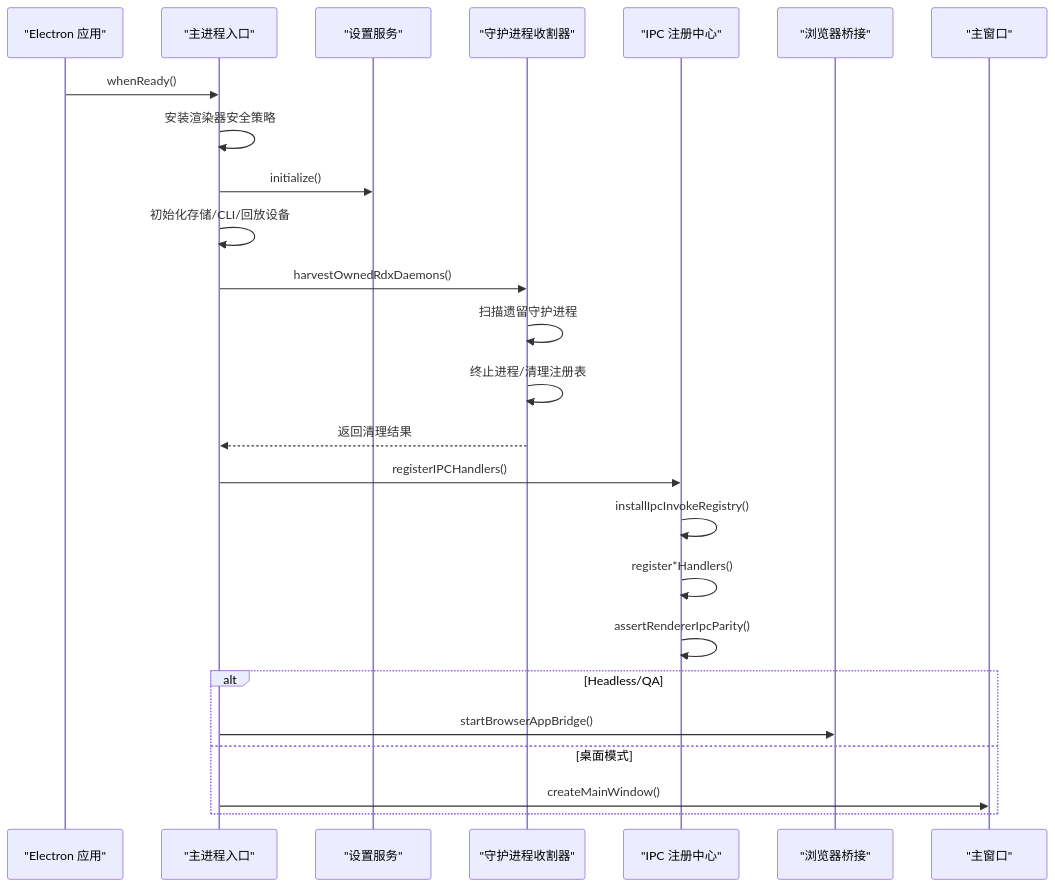
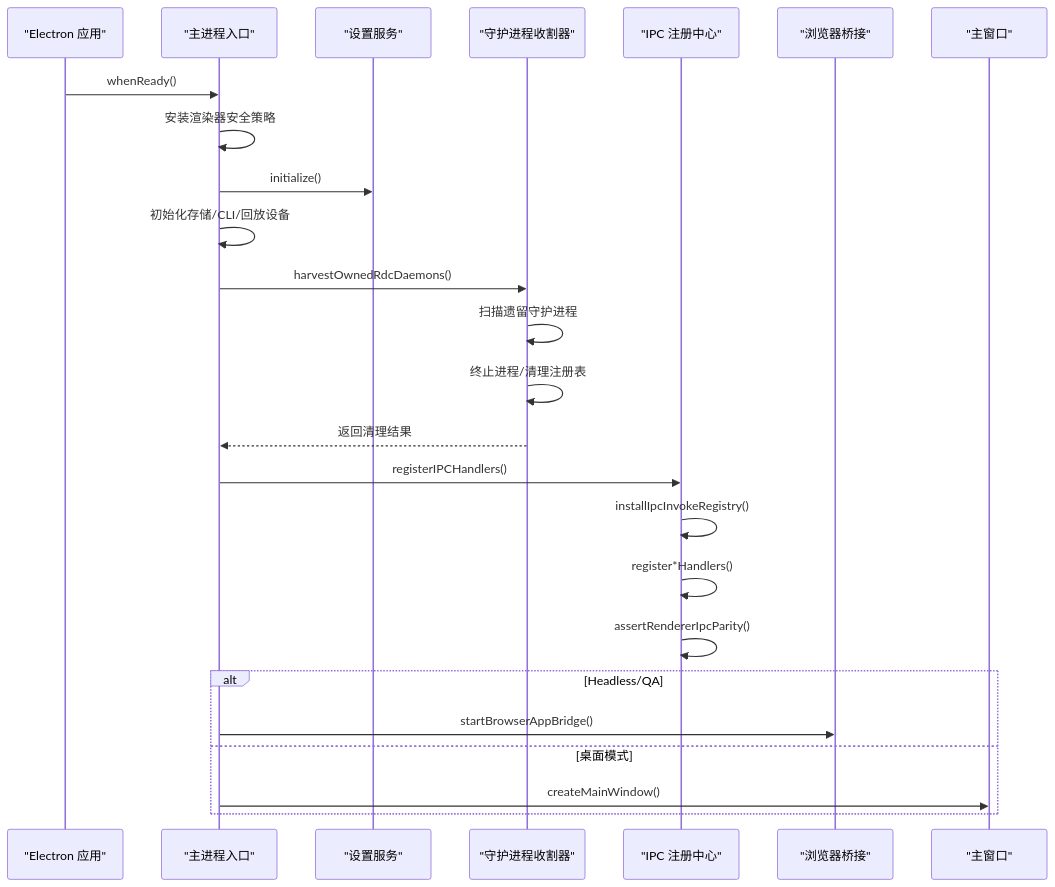
The second of 10 diagrams in .qoder/repowiki/zh/content/架构设计/主进程架构/主进程架构.md (haolange/RDC-Agent), drawn with Mermaid before and after one commit. The commit also changed other lines of this file and 557 other files, not shown here.

````diff
--- a/.qoder/repowiki/zh/content/架构设计/主进程架构/主进程架构.md
+++ b/.qoder/repowiki/zh/content/架构设计/主进程架构/主进程架构.md
@@ -97,27 +97,27 @@
 ```mermaid
 sequenceDiagram
 participant App as "Electron 应用"
 participant Main as "主进程入口"
 participant Settings as "设置服务"
 participant Harvest as "守护进程收割器"
 participant IPC as "IPC 注册中心"
 participant Bridge as "浏览器桥接"
 participant Win as "主窗口"
 App->>Main : whenReady()
 Main->>Main : 安装渲染器安全策略
 Main->>Settings : initialize()
 Main->>Main : 初始化存储/CLI/回放设备
-Main->>Harvest : harvestOwnedRdxDaemons()
+Main->>Harvest : harvestOwnedRdcDaemons()
 Harvest->>Harvest : 扫描遗留守护进程
 Harvest->>Harvest : 终止进程/清理注册表
 Harvest-->>Main : 返回清理结果
 Main->>IPC : registerIPCHandlers()
 IPC->>IPC : installIpcInvokeRegistry()
 IPC->>IPC : register*Handlers()
 IPC->>IPC : assertRendererIpcParity()
 alt Headless/QA
 Main->>Bridge : startBrowserAppBridge()
 else 桌面模式
 Main->>Win : createMainWindow()
 end
 ```
````
